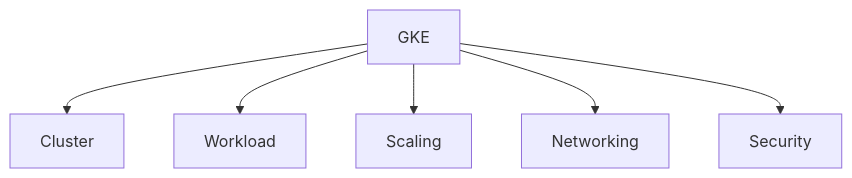
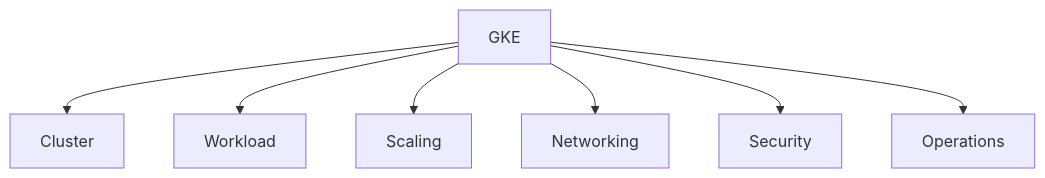
One commit to conti0513/development_public changed the first of 8 diagrams in 06_LAB/01_GCP_ACE_HACK/sessions_ver262/04_gke.md. Above: the diagram before and after it, drawn with Mermaid. The commit also changed other lines of this file and 22 other files, not shown here.

````diff
--- a/06_LAB/01_GCP_ACE_HACK/sessions_ver262/04_gke.md
+++ b/06_LAB/01_GCP_ACE_HACK/sessions_ver262/04_gke.md
@@ -5,8 +5,9 @@
 ```mermaid
 graph TD
 A[GKE] --> B[Cluster]
 A --> C[Workload]
 A --> D[Scaling]
 A --> E[Networking]
 A --> F[Security]
+A --> G[Operations]
 ```
````
